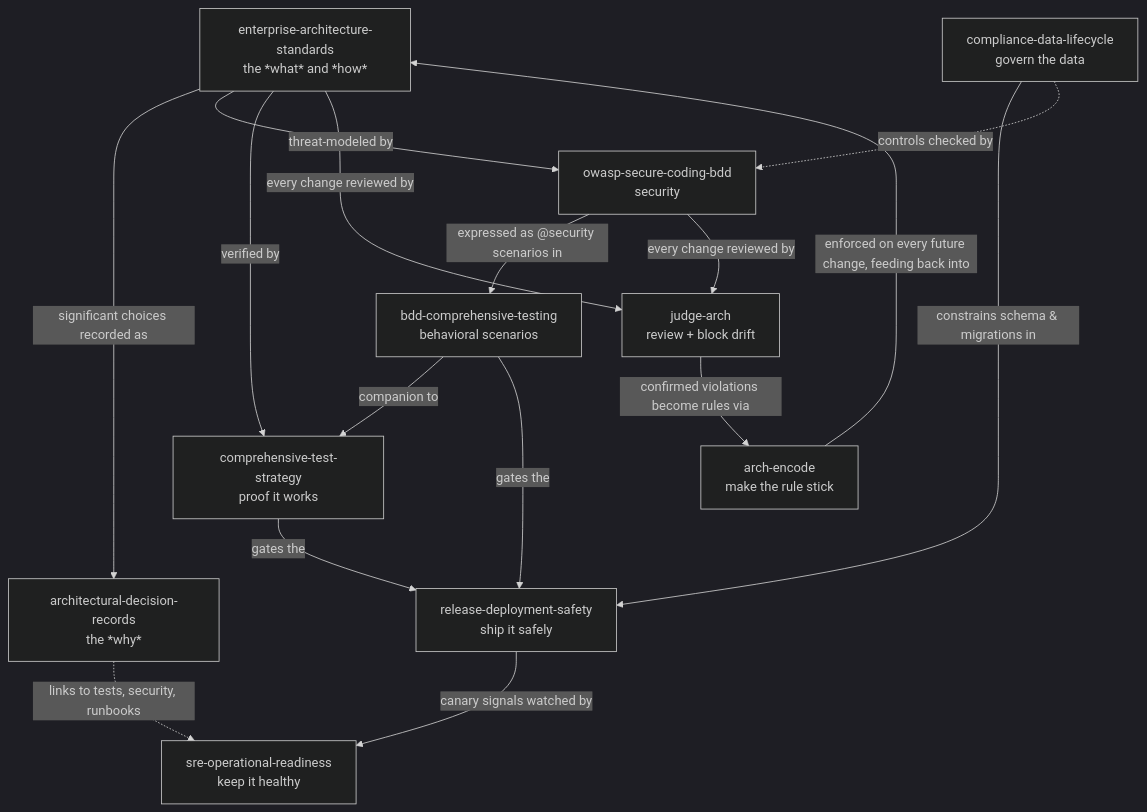
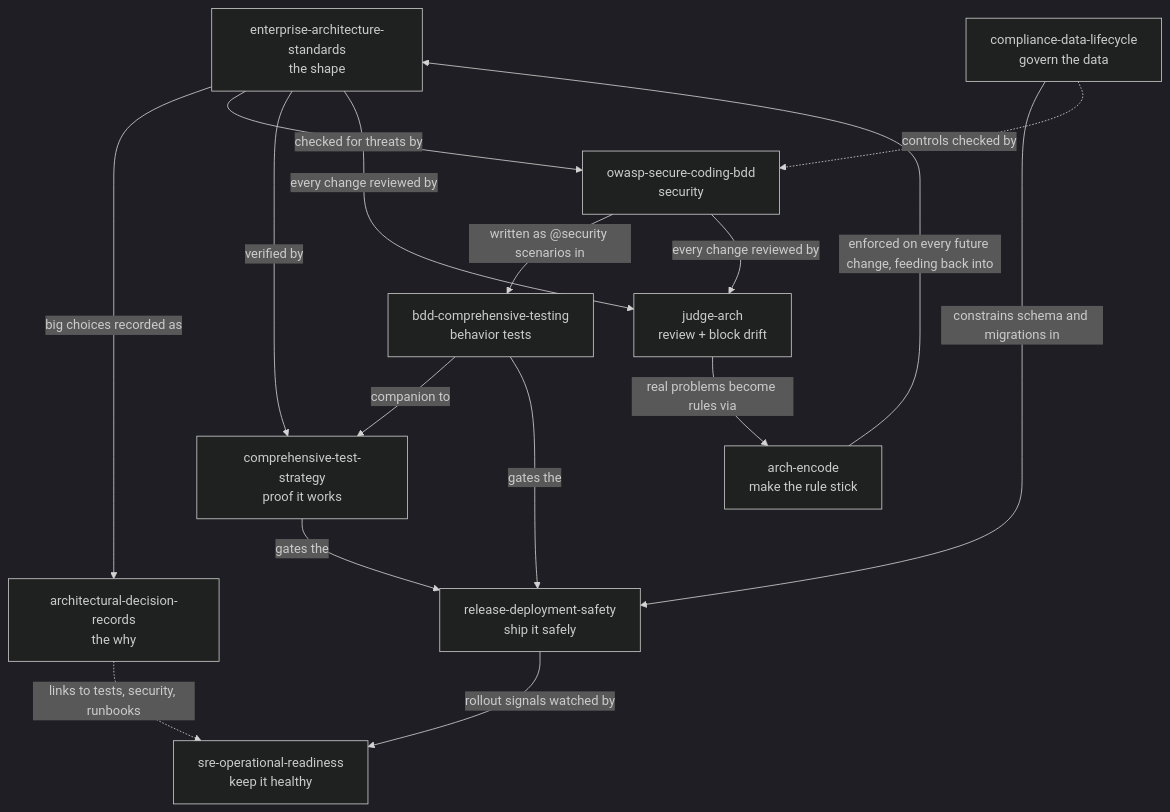
The diagram in README.md (techfleetworks/enterprise-software-AI-skills), drawn with Mermaid (dark theme) before and after one commit. The commit also changed other lines of this file, not shown here.

````diff
--- a/README.md
+++ b/README.md
@@ -403,30 +414,30 @@
 ```mermaid
 flowchart TD
-    ARCH[enterprise-architecture-standards<br/>the *what* and *how*]
-    ADR[architectural-decision-records<br/>the *why*]
+    ARCH[enterprise-architecture-standards<br/>the shape]
+    ADR[architectural-decision-records<br/>the why]
     SEC[owasp-secure-coding-bdd<br/>security]
-    BDD[bdd-comprehensive-testing<br/>behavioral scenarios]
+    BDD[bdd-comprehensive-testing<br/>behavior tests]
     TEST[comprehensive-test-strategy<br/>proof it works]
     REL[release-deployment-safety<br/>ship it safely]
     SRE[sre-operational-readiness<br/>keep it healthy]
     COMP[compliance-data-lifecycle<br/>govern the data]
 
-    ARCH -->|significant choices recorded as| ADR
-    ARCH -->|threat-modeled by| SEC
+    ARCH -->|big choices recorded as| ADR
+    ARCH -->|checked for threats by| SEC
     ARCH -->|verified by| TEST
-    SEC -->|expressed as @security scenarios in| BDD
+    SEC -->|written as @security scenarios in| BDD
     BDD -->|companion to| TEST
     BDD -->|gates the| REL
     TEST -->|gates the| REL
-    REL -->|canary signals watched by| SRE
-    COMP -->|constrains schema & migrations in| REL
+    REL -->|rollout signals watched by| SRE
+    COMP -->|constrains schema and migrations in| REL
     COMP -.->|controls checked by| SEC
     ADR -.->|links to tests, security, runbooks| SRE
 
     JUDGE[judge-arch<br/>review + block drift]
     ENC[arch-encode<br/>make the rule stick]
     ARCH -->|every change reviewed by| JUDGE
     SEC -->|every change reviewed by| JUDGE
-    JUDGE -->|confirmed violations become rules via| ENC
+    JUDGE -->|real problems become rules via| ENC
     ENC -->|enforced on every future change, feeding back into| ARCH
 ```
````
